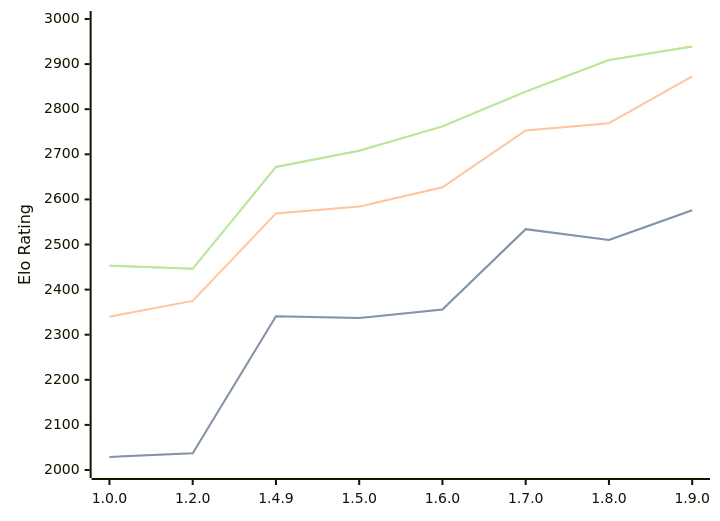
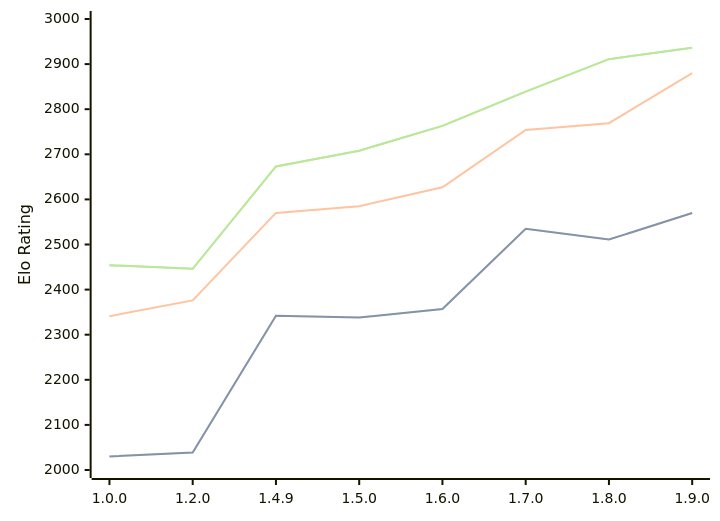
The diagram in engines/Basilisk.md (computer-chess-index/cci), drawn with Mermaid before and after one commit. The commit also changed other lines of this file, not shown here.

Commit message:
Update CCI Ratings (ELO VLTC) - 2026-07-25

````diff
--- a/engines/Basilisk.md
+++ b/engines/Basilisk.md
@@ -52,11 +53,11 @@
 ```mermaid
 %%{init: {"theme":"base","themeVariables":{"seriesColors:['#a3a3a3','#222221','#faa371']}}}%%
 xychart-beta
   x-axis ["1.0.0", "1.2.0", "1.4.9", "1.5.0", "1.6.0", "1.7.0", "1.8.0", "1.9.0"]
   y-axis "Elo Rating" 2000 --> 3000
-  line "STC (8.0+0.08s)" [2029, 2037, 2341, 2337, 2356, 2534, 2510, 2576]
-  line "STC (8.0+0.08s)" [2029, 2037, 2341, 2337, 2356, 2534, 2510, 2576]
-  line "LTC (60.0+0.60s)" [2340, 2375, 2569, 2584, 2627, 2753, 2769, 2873]
-  line "VLTC (2m24s+1.12s)" [2453, 2446, 2672, 2708, 2762, 2839, 2909, 2939]
-  line "VLTC (2m24s+1.12s)" [2453, 2446, 2672, 2708, 2762, 2839, 2909, 2939]
+  line "STC (8.0+0.08s)" [2030, 2039, 2342, 2338, 2357, 2535, 2511, 2570]
+  line "STC (8.0+0.08s)" [2030, 2039, 2342, 2338, 2357, 2535, 2511, 2570]
+  line "LTC (60.0+0.60s)" [2341, 2376, 2570, 2585, 2627, 2754, 2769, 2880]
+  line "VLTC (2m24s+1.12s)" [2454, 2446, 2673, 2708, 2763, 2839, 2911, 2936]
+  line "VLTC (2m24s+1.12s)" [2454, 2446, 2673, 2708, 2763, 2839, 2911, 2936]
 ```
````
